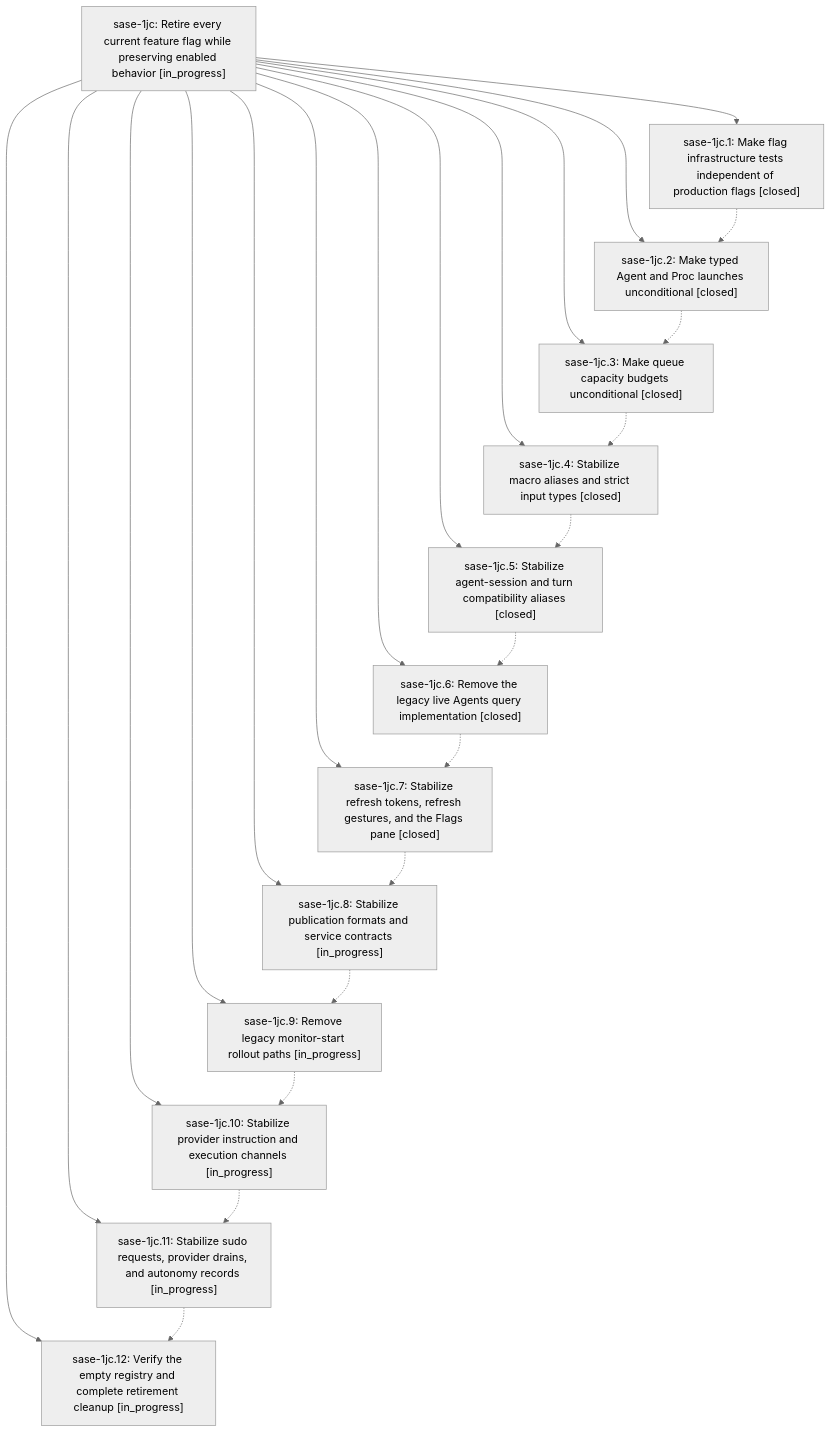
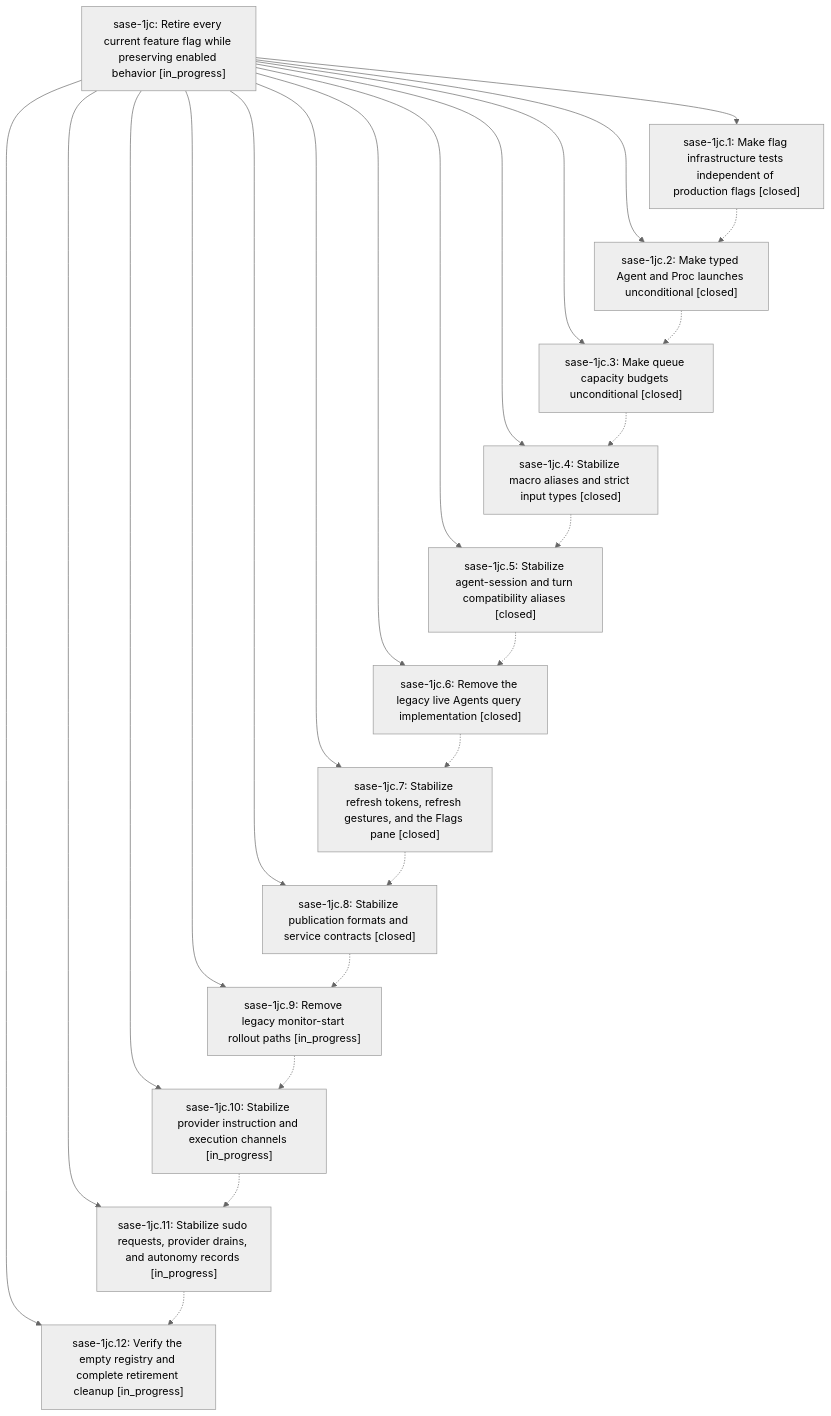
Before and after one commit to sase-org/sase--beads: the diagram in pages/sase-1jc/README.md, drawn with Mermaid (neutral theme). The commit also changed other lines of this file and 3 other files, not shown here.

````diff
--- a/pages/sase-1jc/README.md
+++ b/pages/sase-1jc/README.md
@@ -55,39 +57,39 @@
 ```mermaid
 flowchart TD
     n0["sase-1jc: Retire every current feature flag while preserving enabled behavior [in_progress]"]
     n1["sase-1jc.1: Make flag infrastructure tests independent of production flags [closed]"]
     n2["sase-1jc.10: Stabilize provider instruction and execution channels [in_progress]"]
     n3["sase-1jc.11: Stabilize sudo requests, provider drains, and autonomy records [in_progress]"]
     n4["sase-1jc.12: Verify the empty registry and complete retirement cleanup [in_progress]"]
     n5["sase-1jc.2: Make typed Agent and Proc launches unconditional [closed]"]
     n6["sase-1jc.3: Make queue capacity budgets unconditional [closed]"]
     n7["sase-1jc.4: Stabilize macro aliases and strict input types [closed]"]
     n8["sase-1jc.5: Stabilize agent-session and turn compatibility aliases [closed]"]
     n9["sase-1jc.6: Remove the legacy live Agents query implementation [closed]"]
     n10["sase-1jc.7: Stabilize refresh tokens, refresh gestures, and the Flags pane [closed]"]
-    n11["sase-1jc.8: Stabilize publication formats and service contracts [in_progress]"]
+    n11["sase-1jc.8: Stabilize publication formats and service contracts [closed]"]
     n12["sase-1jc.9: Remove legacy monitor-start rollout paths [in_progress]"]
     n0 --> n1
     n0 --> n2
     n0 --> n3
     n0 --> n4
     n0 --> n5
     n0 --> n6
     n0 --> n7
     n0 --> n8
     n0 --> n9
     n0 --> n10
     n0 --> n11
     n0 --> n12
     n1 -.-> n5
     n2 -.-> n3
     n3 -.-> n4
     n5 -.-> n6
     n6 -.-> n7
     n7 -.-> n8
     n8 -.-> n9
     n9 -.-> n10
     n10 -.-> n11
     n11 -.-> n12
     n12 -.-> n2
 ```
````
